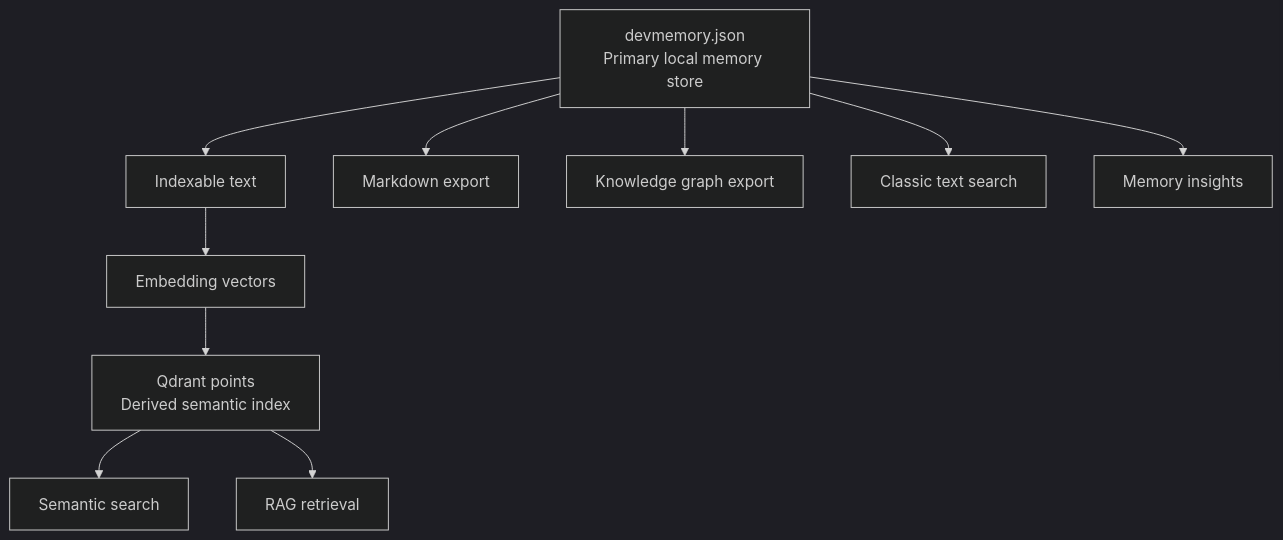
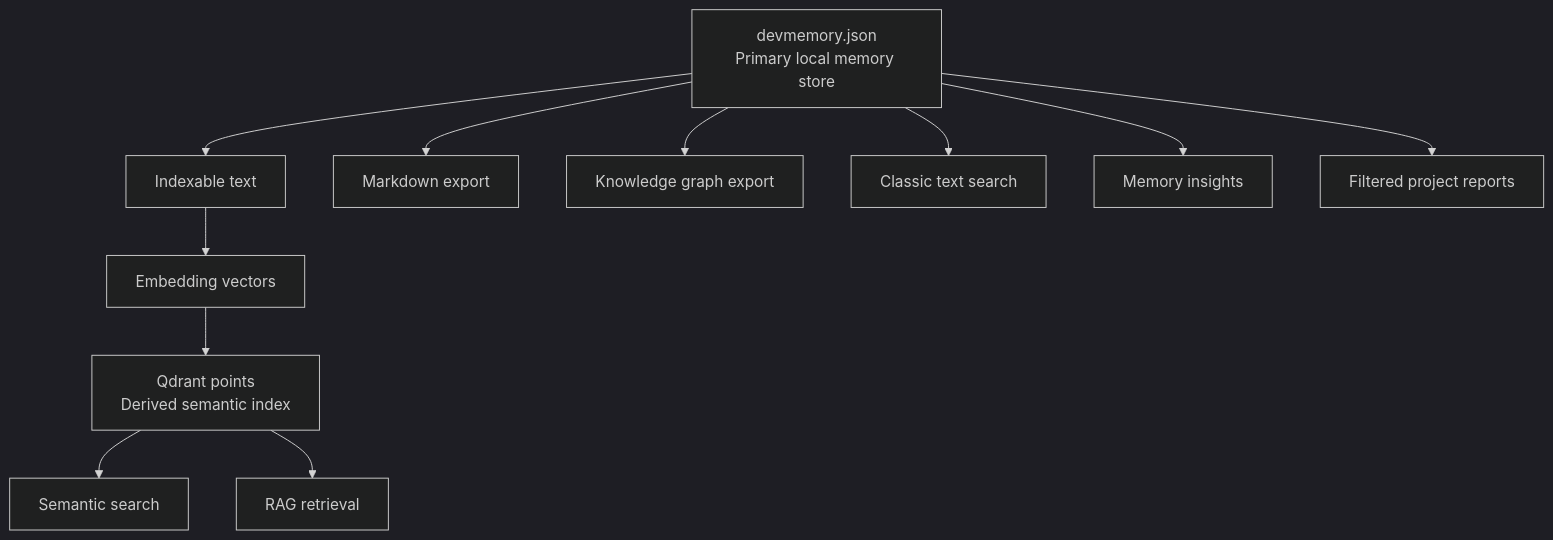
One commit to FilippoGaravaglia/DevMemory changed the fourth of 5 diagrams in README.md. Above: the diagram before and after it, drawn with Mermaid (dark theme). The commit also changed other lines of this file and 9 other files, not shown here.

Commit message:
Add filters to project memory reports

````diff
--- a/README.md
+++ b/README.md
@@ -482,14 +497,15 @@
 ```mermaid
 flowchart TD
     A[devmemory.json<br/>Primary local memory store] --> B[Indexable text]
     B --> C[Embedding vectors]
     C --> D[Qdrant points<br/>Derived semantic index]
 
     A --> E[Markdown export]
     A --> F[Knowledge graph export]
     A --> G[Classic text search]
     A --> H[Memory insights]
+    A --> R[Filtered project reports]
 
     D --> I[Semantic search]
     D --> J[RAG retrieval]
 ```
````
